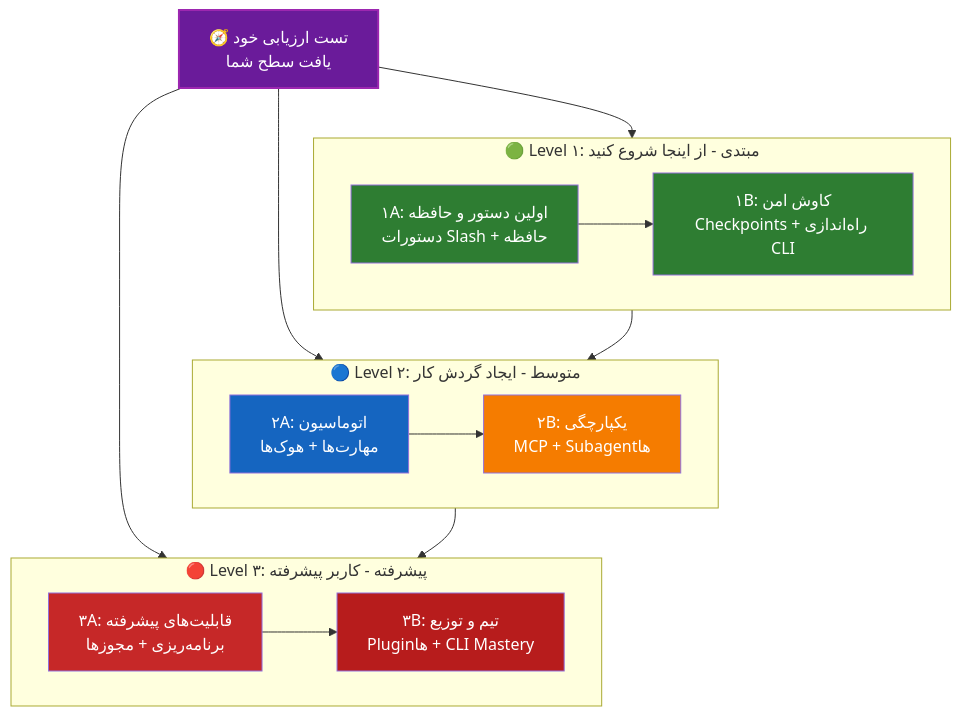
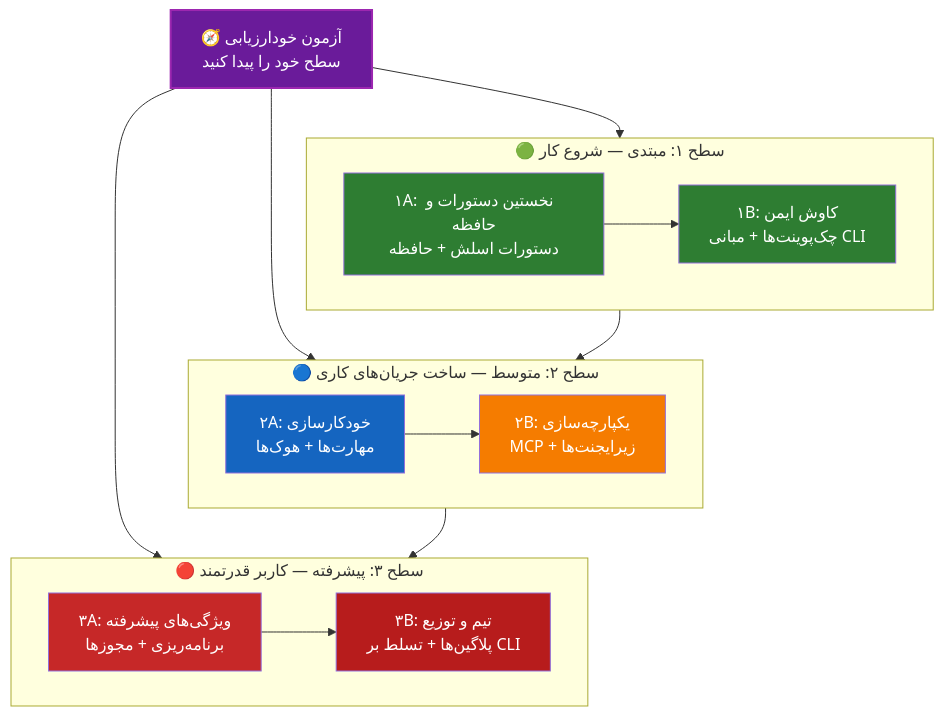
Before and after one commit to hassanbht/claude-howto: the diagram in fa/LEARNING-ROADMAP.md, drawn with Mermaid. The commit also changed other lines of this file and 53 other files, not shown here.

````diff
--- a/fa/LEARNING-ROADMAP.md
+++ b/fa/LEARNING-ROADMAP.md
@@ -56,32 +55,32 @@
 ```mermaid
 graph TD
-    Q["🧭 تست ارزیابی خود<br/>یافت سطح شما"] --> L1
+    Q["🧭 آزمون خودارزیابی<br/>سطح خود را پیدا کنید"] --> L1
     Q --> L2
     Q --> L3
 
-    subgraph L1["🟢 Level ۱: مبتدی - از اینجا شروع کنید"]
+    subgraph L1["🟢 سطح ۱: مبتدی — شروع کار"]
         direction LR
-        A["۱A: اولین دستور و حافظه<br/>دستورات Slash + حافظه"] --> B["۱B: کاوش امن<br/>Checkpoints + راه‌اندازی CLI"]
+        A["۱A: نخستین دستورات و حافظه<br/>دستورات اسلش + حافظه"] --> B["۱B: کاوش ایمن<br/>چک‌پوینت‌ها + مبانی CLI"]
     end
 
-    subgraph L2["🔵 Level ۲: متوسط - ایجاد گردش کار"]
+    subgraph L2["🔵 سطح ۲: متوسط — ساخت جریان‌های کاری"]
         direction LR
-        C["۲A: اتوماسیون<br/>مهارت‌ها + هوک‌ها"] --> D["۲B: یکپارچگی<br/>MCP + Subagentها"]
+        C["۲A: خودکارسازی<br/>مهارت‌ها + هوک‌ها"] --> D["۲B: یکپارچه‌سازی<br/>MCP + زیرایجنت‌ها"]
     end
 
-    subgraph L3["🔴 Level ۳: پیشرفته - کاربر پیشرفته"]
+    subgraph L3["🔴 سطح ۳: پیشرفته — کاربر قدرتمند"]
         direction LR
-        E["۳A: قابلیت‌های پیشرفته<br/>برنامه‌ریزی + مجوزها"] --> F["۳B: تیم و توزیع<br/>Pluginها + CLI Mastery"]
+        E["۳A: ویژگی‌های پیشرفته<br/>برنامه‌ریزی + مجوزها"] --> F["۳B: تیم و توزیع<br/>پلاگین‌ها + تسلط بر CLI"]
     end
 
     L1 --> L2
     L2 --> L3
 
     style Q fill:#6A1B9A,color:#fff,stroke:#9C27B0,stroke-width:2px
     style A fill:#2E7D32,color:#fff
     style B fill:#2E7D32,color:#fff
     style C fill:#1565C0,color:#fff
     style D fill:#F57C00,color:#fff
     style E fill:#C62828,color:#fff
     style F fill:#B71C1C,color:#fff
 ```
````
